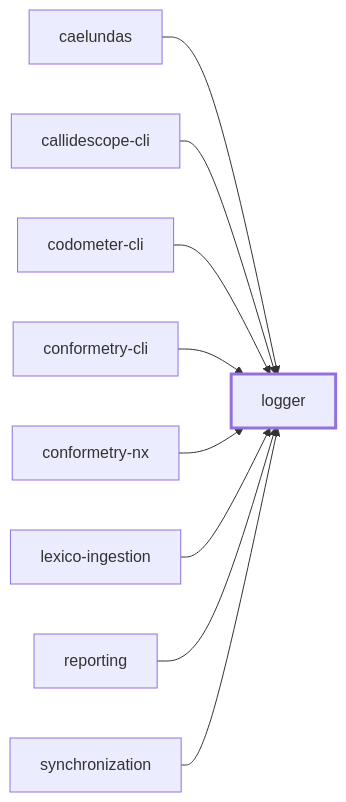
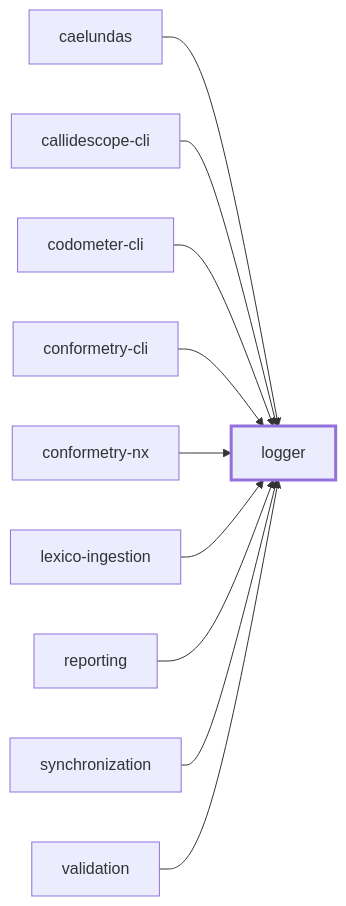
The first of 2 diagrams in packages/logger/README.md (JimmyPaolini/codebase), drawn with Mermaid before and after one commit. The commit also changed 36 other files, not shown here.

````diff
--- a/packages/logger/README.md
+++ b/packages/logger/README.md
@@ -77,22 +77,24 @@
 ```mermaid
 flowchart LR
   caelundas["caelundas"]
   callidescope_cli["callidescope-cli"]
   codometer_cli["codometer-cli"]
   conformetry_cli["conformetry-cli"]
   conformetry_nx["conformetry-nx"]
   lexico_ingestion["lexico-ingestion"]
   logger["logger"]
   reporting["reporting"]
   synchronization["synchronization"]
+  validation["validation"]
   caelundas --> logger
   callidescope_cli --> logger
   codometer_cli --> logger
   conformetry_cli --> logger
   conformetry_nx --> logger
   lexico_ingestion --> logger
   reporting --> logger
   synchronization --> logger
+  validation --> logger
   classDef subject stroke-width:3px
   class logger subject
 ```
````
